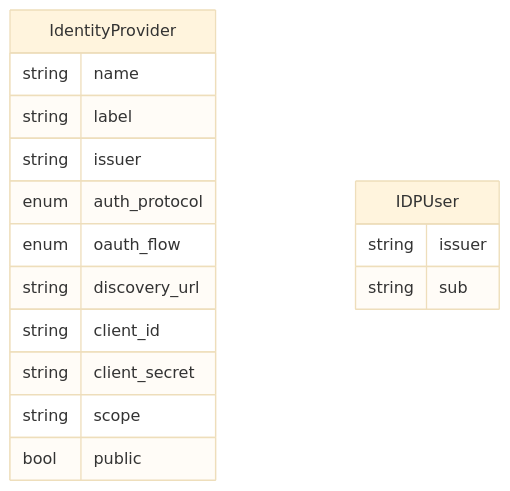
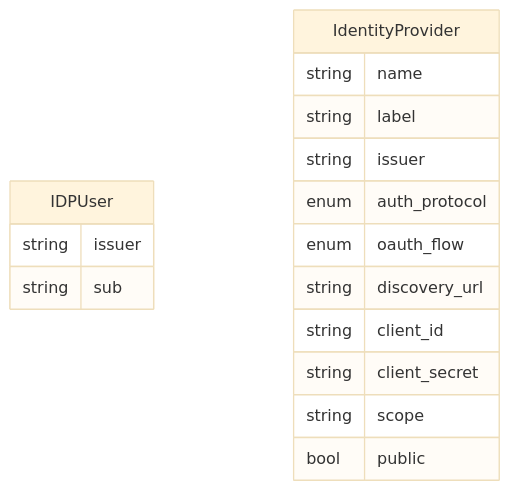
The diagram in docs/erm/commondb.auth.detailed.md (RIVM-bioinformatics/gen-epix-api), drawn with Mermaid (base theme) before and after one commit. The commit also changed other lines of this file and 142 other files, not shown here.

````diff
--- a/docs/erm/commondb.auth.detailed.md
+++ b/docs/erm/commondb.auth.detailed.md
@@ -5,24 +5,24 @@
 ```mermaid
 erDiagram
     %% commondb / AUTH (detailed)
 
     %% Entity definitions
+    IDPUser {
+        string issuer
+        string sub
+    }
+
     IdentityProvider {
         string name
         string label
         string issuer
         enum auth_protocol
         enum oauth_flow
         string discovery_url
         string client_id
         string client_secret
         string scope
         bool public
     }
 
-    IDPUser {
-        string issuer
-        string sub
-    }
-
 ```
````
